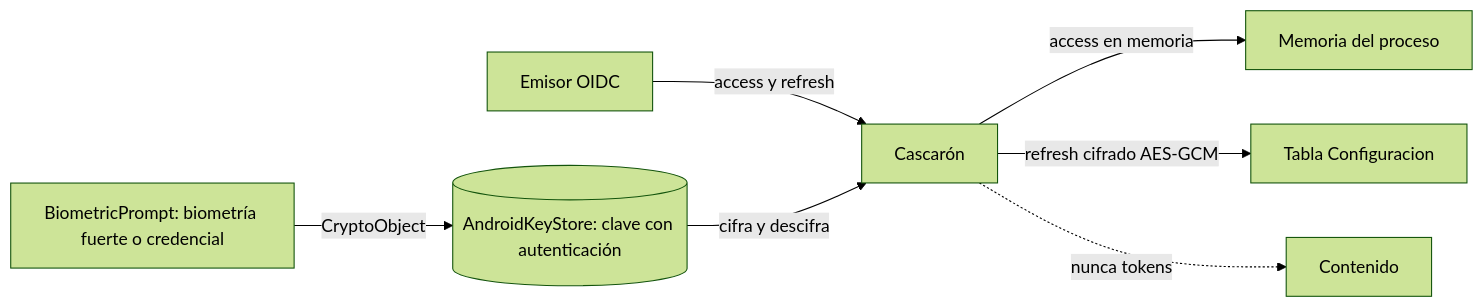
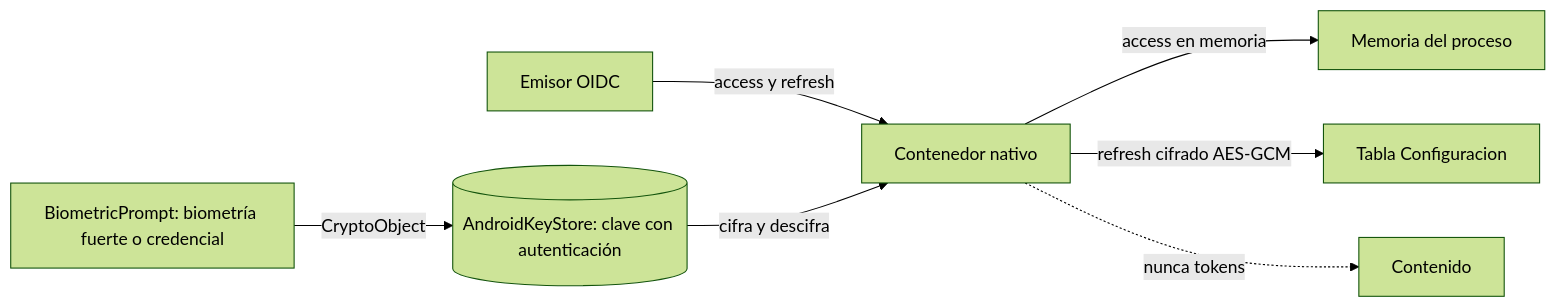
Before and after one commit to hdcm-dev/Lab-Documentos: diagram 15 of 27 in Concepts/Framework-Concept/MAUI-Framework-Developer-Guide.md, drawn with Mermaid (forest theme). The commit also changed other lines of this file and 10 other files, not shown here.

First line of the commit message:
Framework-Concept: «cascarón» → «contenedor nativo» (ADR-0001) y pauta Apple 4.7.2

````diff
--- a/Concepts/Framework-Concept/MAUI-Framework-Developer-Guide.md
+++ b/Concepts/Framework-Concept/MAUI-Framework-Developer-Guide.md
@@ -1429,9 +1429,9 @@
 ```mermaid
 flowchart LR
-    E["Emisor OIDC"] -- "access y refresh" --> C["Cascarón"]
+    E["Emisor OIDC"] -- "access y refresh" --> C["Contenedor nativo"]
     C -- "access en memoria" --> M["Memoria del proceso"]
     C -- "refresh cifrado AES-GCM" --> T["Tabla Configuracion"]
     K[("AndroidKeyStore: clave con autenticación")] -- "cifra y descifra" --> C
     B["BiometricPrompt: biometría fuerte o credencial"] -- "CryptoObject" --> K
     C -. "nunca tokens" .-> W["Contenido"]
 ```
````
